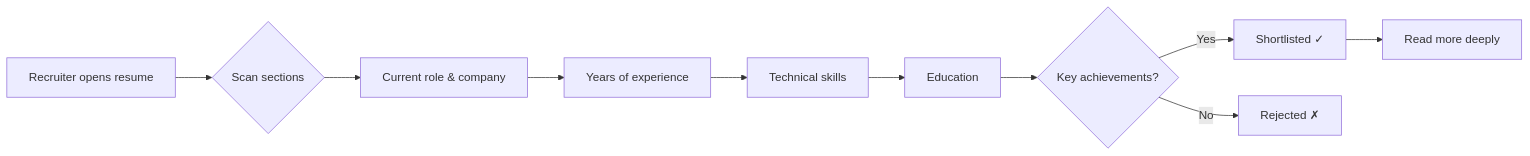
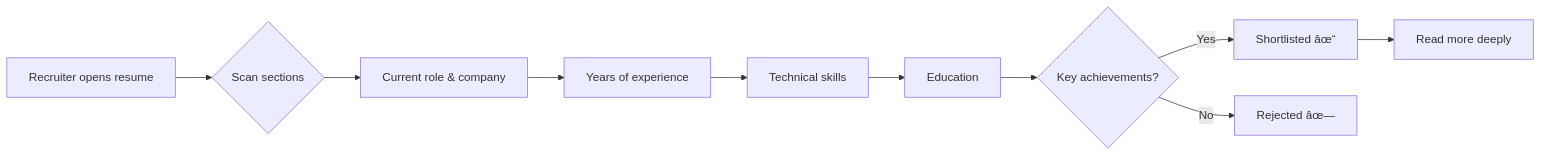
The first of 2 diagrams in docs/courses/interview-preparation/07-resume-linkedin-portfolio.md (Raushan666java/ai-engineering-journey), drawn with Mermaid before and after one commit. The commit also changed other lines of this file and 735 other files, not shown here.

````diff
--- a/docs/courses/interview-preparation/07-resume-linkedin-portfolio.md
+++ b/docs/courses/interview-preparation/07-resume-linkedin-portfolio.md
@@ -36,12 +36,12 @@
 ```mermaid
 flowchart LR
     A[Recruiter opens resume] --> B{Scan sections}
     B --> C[Current role & company]
     C --> D[Years of experience]
     D --> E[Technical skills]
     E --> F[Education]
     F --> G{Key achievements?}
-    G -->|Yes| H[Shortlisted ✓]
-    G -->|No| I[Rejected ✗]
+    G -->|Yes| H[Shortlisted âœ“]
+    G -->|No| I[Rejected âœ—]
     H --> J[Read more deeply]
 ```
````
